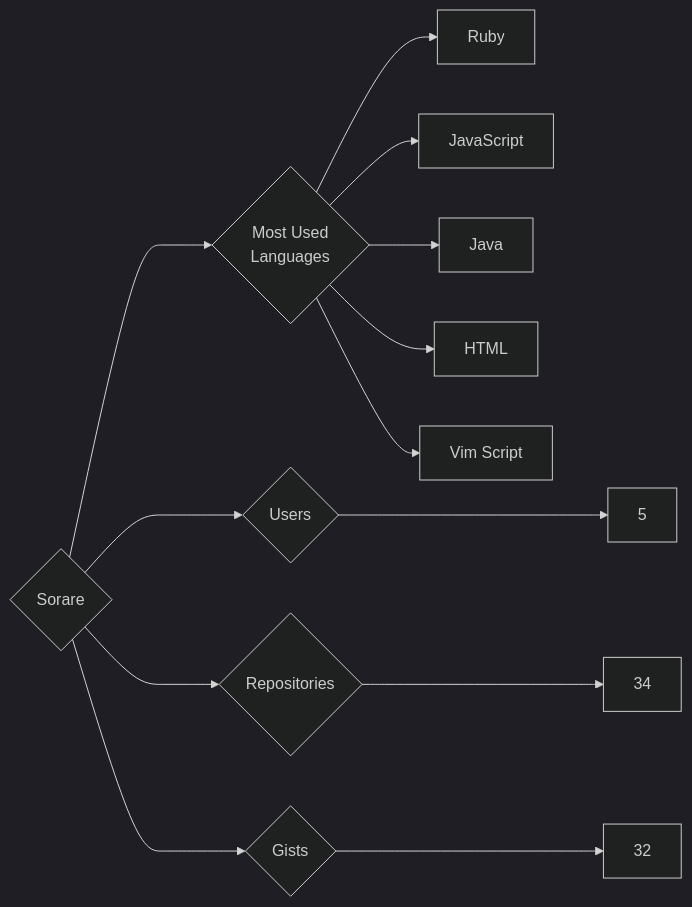
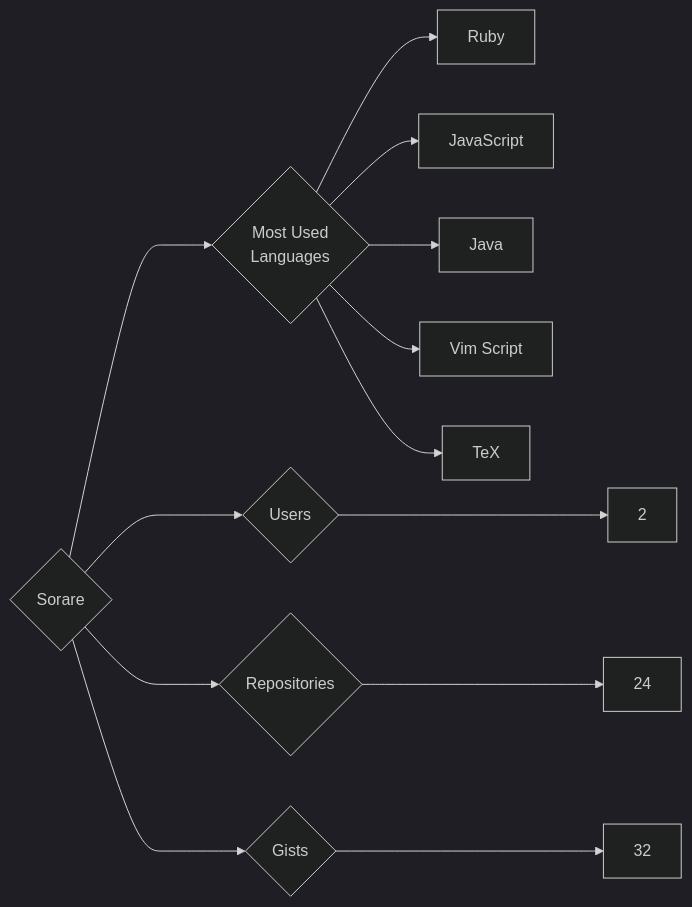
One commit to trickest/insiders changed the diagram in targets/Sorare/README.md. Above: the diagram before and after it, drawn with Mermaid (dark theme). The commit also changed 835 other files, not shown here.

````diff
--- a/targets/Sorare/README.md
+++ b/targets/Sorare/README.md
@@ -3,13 +3,13 @@
 ```mermaid
 graph LR
 COMPANY_NAME{Sorare}
-COMPANY_NAME ---> U{Users} ---> UN[5]
-COMPANY_NAME ---> R{Repositories} ---> RN[34]
+COMPANY_NAME ---> U{Users} ---> UN[2]
+COMPANY_NAME ---> R{Repositories} ---> RN[24]
 COMPANY_NAME ---> G{Gists} ---> GN[32]
 COMPANY_NAME ---> ML{Most Used<br>Languages}
 ML --> Ruby[Ruby]
 ML --> JavaScript[JavaScript]
 ML --> Java[Java]
-ML --> HTML[HTML]
 ML --> Vim_Script[Vim Script]
+ML --> TeX[TeX]
 ```
````
